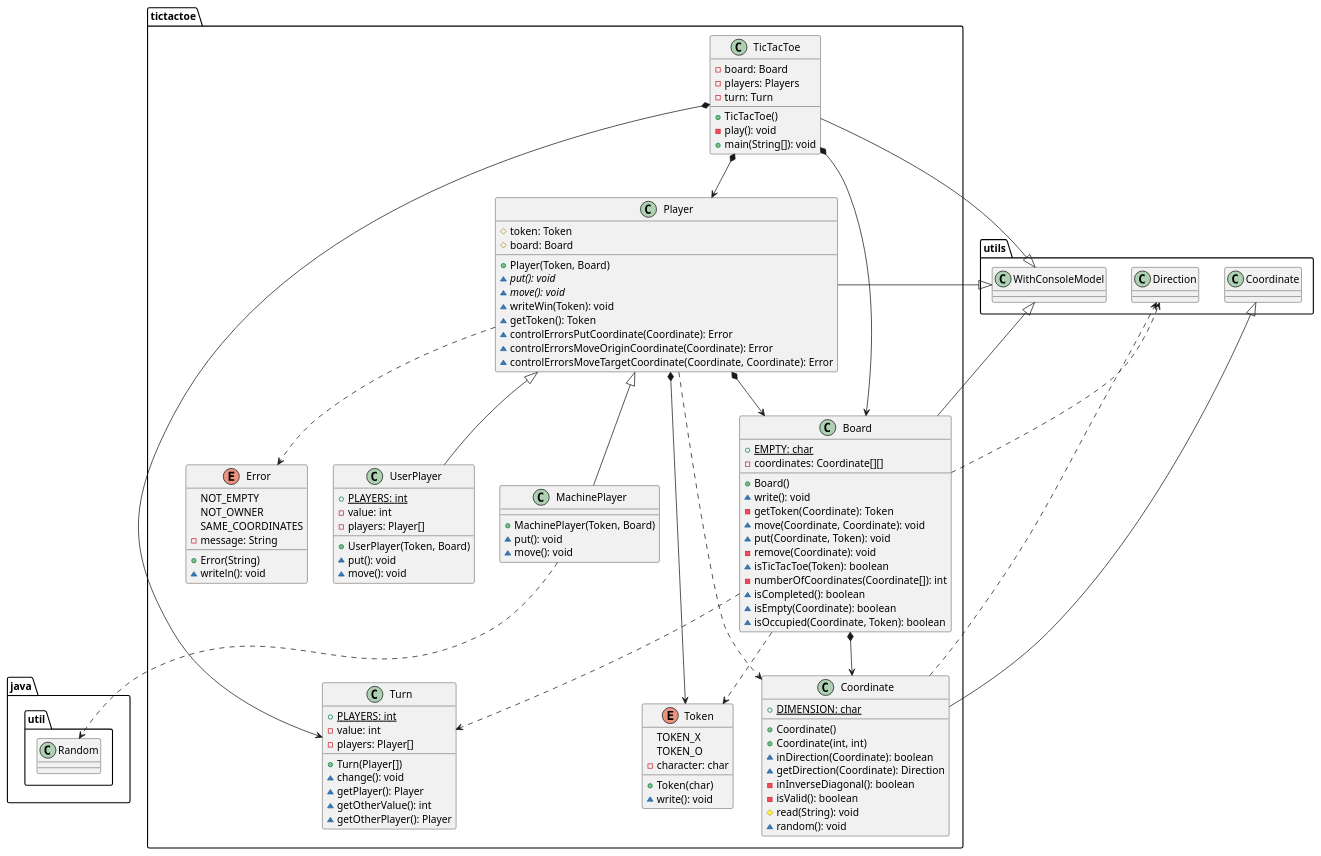
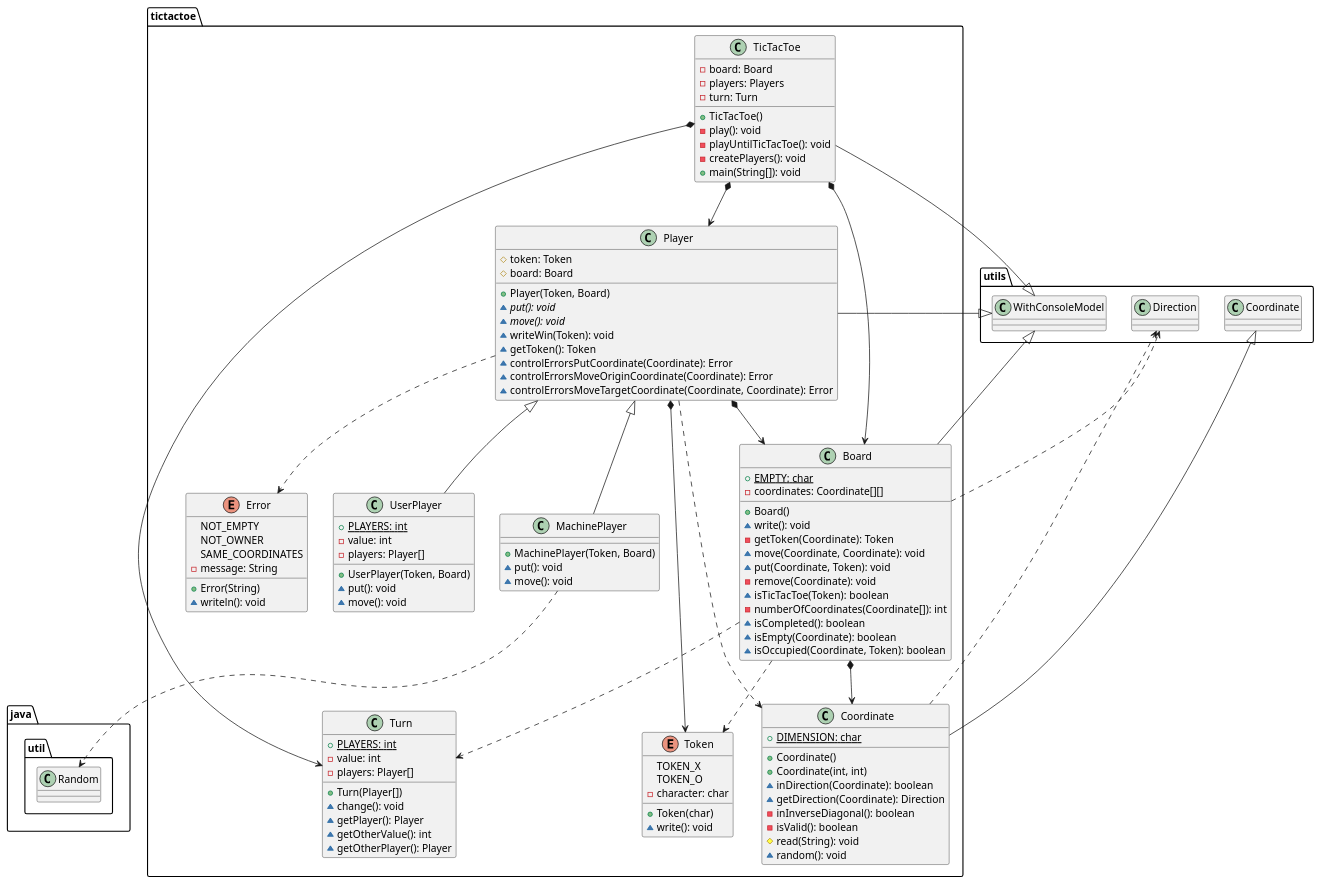
One commit to x-USantaTecla-game-ticTacToe/java changed the second of 4 diagrams in docs/src/docs/asciidoc/index.adoc. Above: the diagram before and after it, drawn with PlantUML. The commit also changed 4 other files, not shown here.

Commit message:
Refactor TicTacToe class

```diff
--- a/docs/src/docs/asciidoc/index.adoc
+++ b/docs/src/docs/asciidoc/index.adoc
@@ -126,6 +126,8 @@
 - turn: Turn
 + TicTacToe()
 - play(): void
+- playUntilTicTacToe(): void
+- createPlayers(): void
 + main(String[]): void
 }
 utils.WithConsoleModel <|-down- tictactoe.TicTacToe
```
